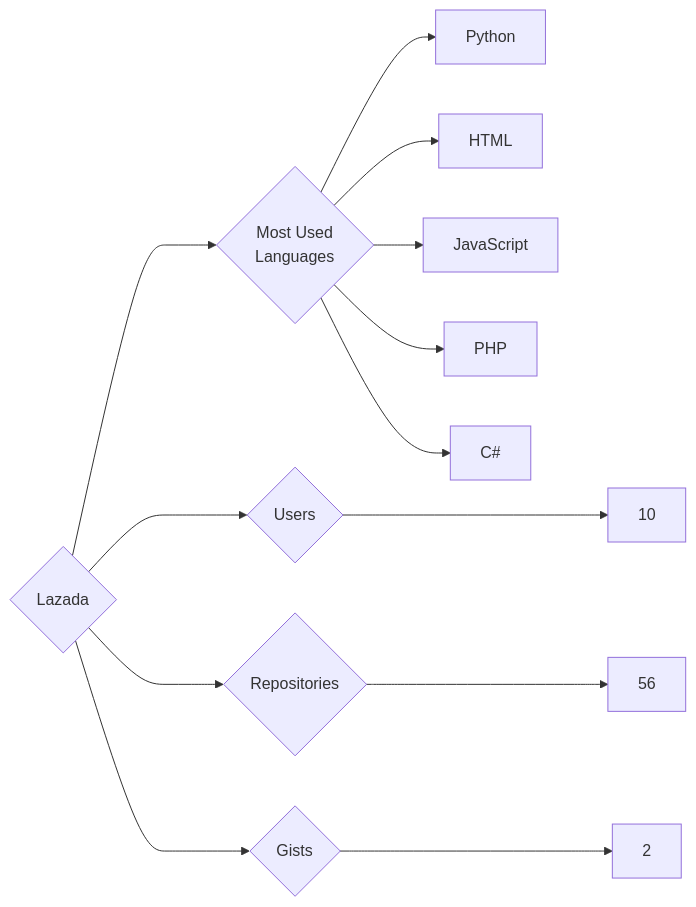
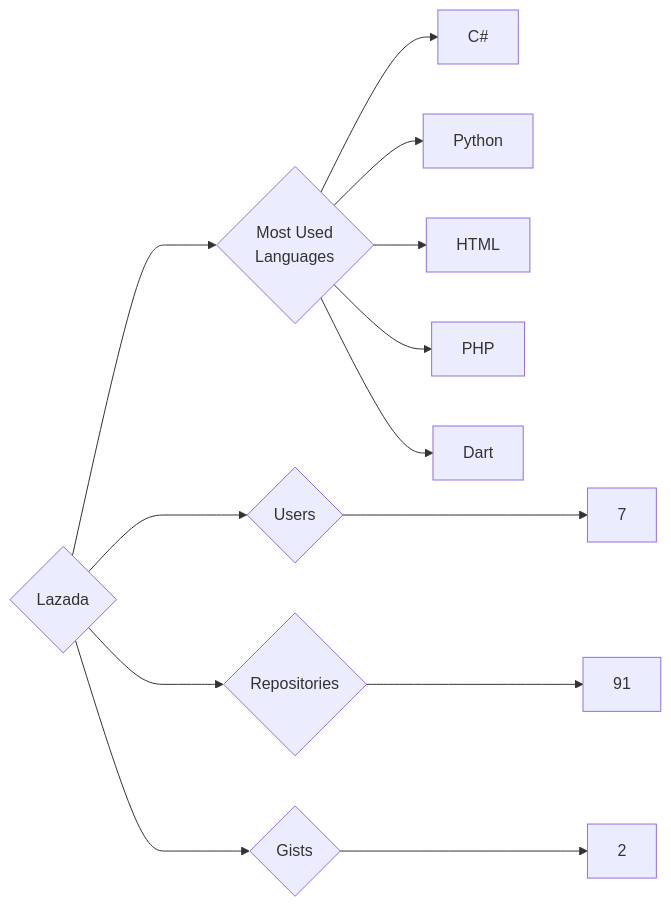
One commit to trickest/insiders changed the diagram in targets/Lazada/README.md. Above: the diagram before and after it, drawn with Mermaid. The commit also changed 679 other files, not shown here.

````diff
--- a/targets/Lazada/README.md
+++ b/targets/Lazada/README.md
@@ -3,13 +3,13 @@
 ```mermaid
 graph LR
 COMPANY_NAME{Lazada}
-COMPANY_NAME ---> U{Users} ---> UN[10]
-COMPANY_NAME ---> R{Repositories} ---> RN[56]
+COMPANY_NAME ---> U{Users} ---> UN[7]
+COMPANY_NAME ---> R{Repositories} ---> RN[91]
 COMPANY_NAME ---> G{Gists} ---> GN[2]
 COMPANY_NAME ---> ML{Most Used<br>Languages}
+ML --> C#[C#]
 ML --> Python[Python]
 ML --> HTML[HTML]
-ML --> JavaScript[JavaScript]
 ML --> PHP[PHP]
-ML --> C#[C#]
+ML --> Dart[Dart]
 ```
````
